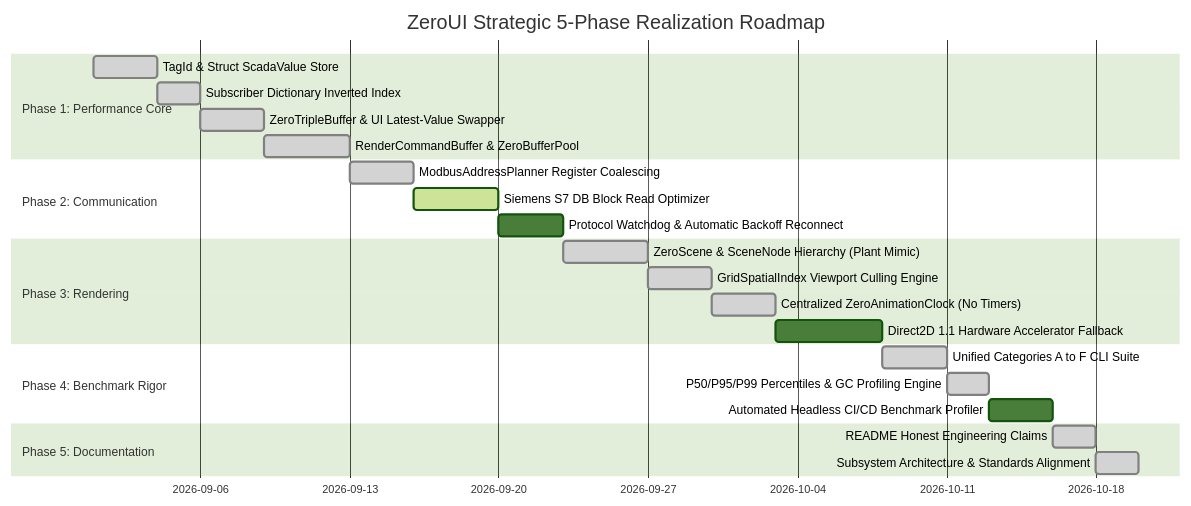
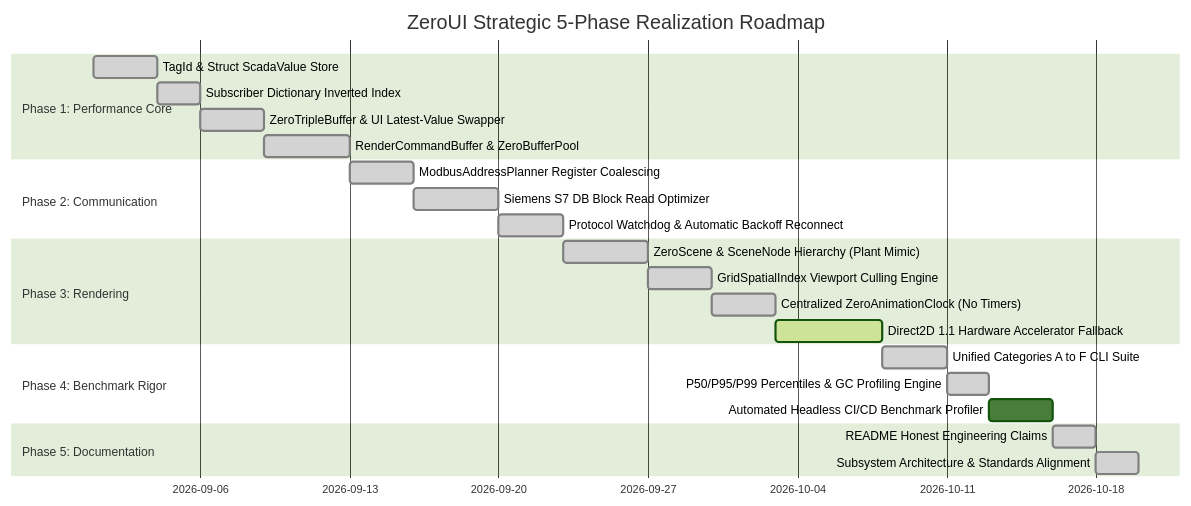
One commit to kzxl/ZeroUI changed the diagram in docs/proposals.md. Above: the diagram before and after it, drawn with Mermaid (forest theme). The commit also changed 5 other files, not shown here.

Commit message:
feat(communication): implement Phase 2 (S7AddressPlanner block coalescing, ProtocolWatchdog with jitter reconnect)

````diff
--- a/docs/proposals.md
+++ b/docs/proposals.md
@@ -148,26 +148,26 @@
 ```mermaid
 gantt
     title ZeroUI Strategic 5-Phase Realization Roadmap
     dateFormat  YYYY-MM-DD
     section Phase 1: Performance Core
     TagId & Struct ScadaValue Store                 :done,    p1_1, 2026-09-01, 3d
     Subscriber Dictionary Inverted Index            :done,    p1_2, after p1_1, 2d
     ZeroTripleBuffer & UI Latest-Value Swapper      :done,    p1_3, after p1_2, 3d
     RenderCommandBuffer & ZeroBufferPool            :done,    p1_4, after p1_3, 4d
     section Phase 2: Communication
     ModbusAddressPlanner Register Coalescing        :done,    p2_1, after p1_4, 3d
-    Siemens S7 DB Block Read Optimizer              :active,  p2_2, after p2_1, 4d
-    Protocol Watchdog & Automatic Backoff Reconnect :         p2_3, after p2_2, 3d
+    Siemens S7 DB Block Read Optimizer              :done,    p2_2, after p2_1, 4d
+    Protocol Watchdog & Automatic Backoff Reconnect :done,    p2_3, after p2_2, 3d
     section Phase 3: Rendering
     ZeroScene & SceneNode Hierarchy (Plant Mimic)   :done,    p3_1, after p2_3, 4d
     GridSpatialIndex Viewport Culling Engine        :done,    p3_2, after p3_1, 3d
     Centralized ZeroAnimationClock (No Timers)      :done,    p3_3, after p3_2, 3d
-    Direct2D 1.1 Hardware Accelerator Fallback      :         p3_4, after p3_3, 5d
+    Direct2D 1.1 Hardware Accelerator Fallback      :active,  p3_4, after p3_3, 5d
     section Phase 4: Benchmark Rigor
     Unified Categories A to F CLI Suite             :done,    p4_1, after p3_4, 3d
     P50/P95/P99 Percentiles & GC Profiling Engine   :done,    p4_2, after p4_1, 2d
     Automated Headless CI/CD Benchmark Profiler     :         p4_3, after p4_2, 3d
     section Phase 5: Documentation
     README Honest Engineering Claims                :done,    p5_1, after p4_3, 2d
     Subsystem Architecture & Standards Alignment    :done,    p5_2, after p5_1, 2d
 ```
````
